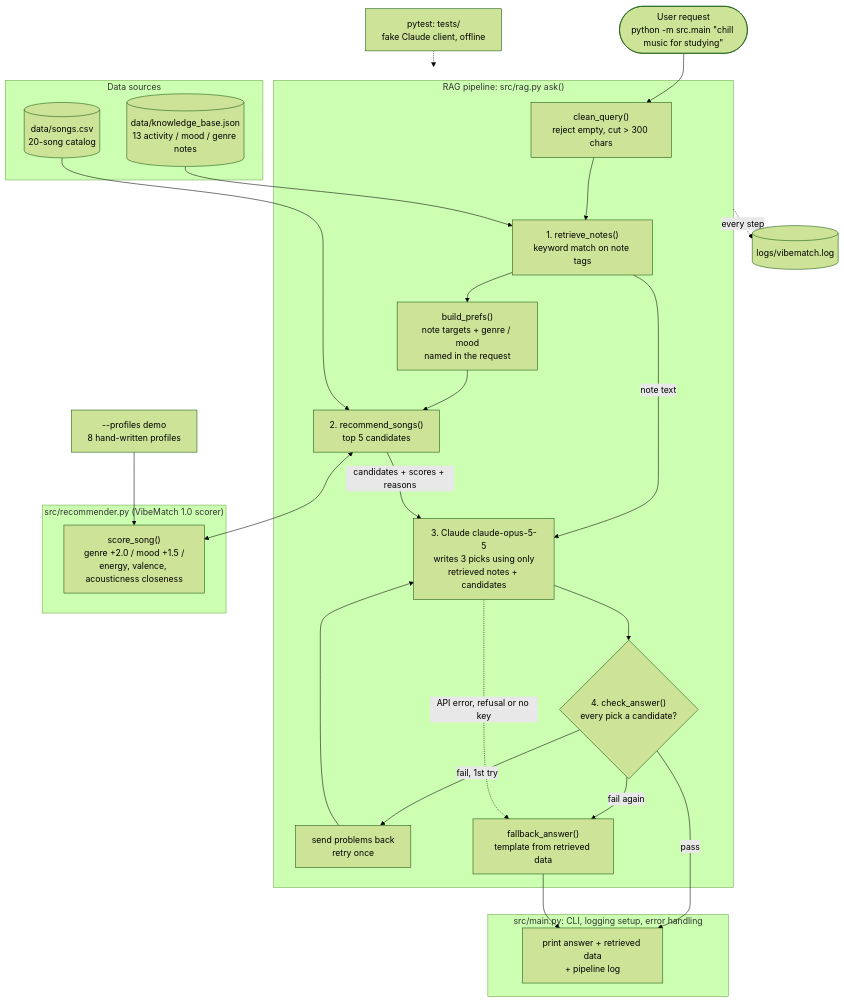
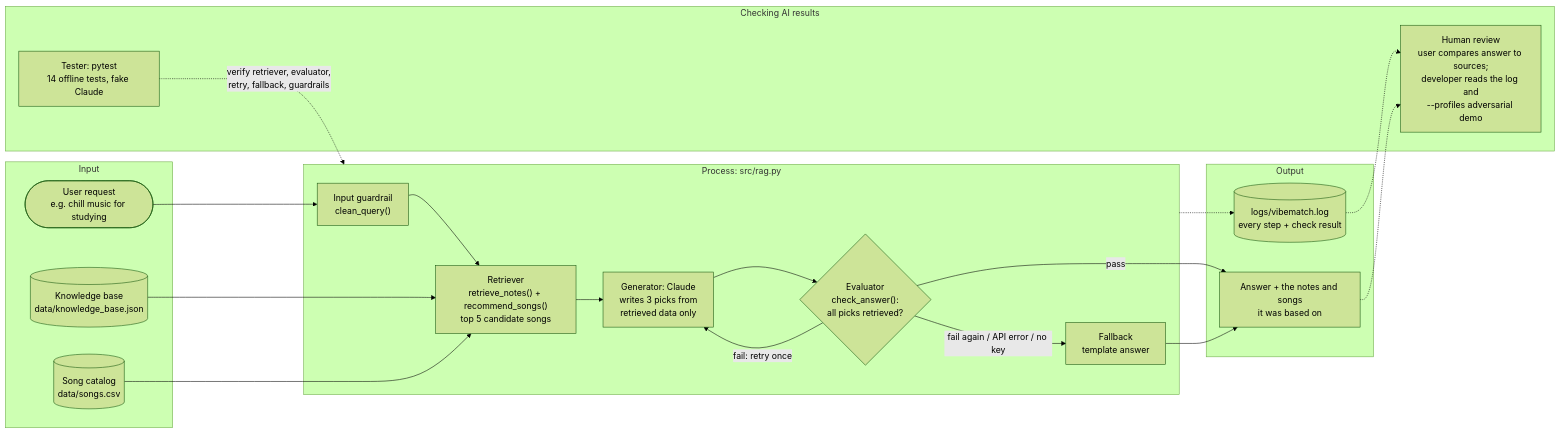
The diagram in diagrams/architecture.md (AkhilRB0204/applied-ai-system-project), drawn with Mermaid (forest theme) before and after one commit. The commit also changed other lines of this file and 1 other file, not shown here.

Commit message:
Update system architecture diagrams for VibeMatch 2.0: refine descriptions, enhance flowcharts, and clarify component roles.

````diff
--- a/diagrams/architecture.md
+++ b/diagrams/architecture.md
@@ -5,49 +5,39 @@
 ```mermaid
-flowchart TD
-    User(["User request<br/>python -m src.main &quot;chill music for studying&quot;"])
-
-    subgraph Data["Data sources"]
-        CSV[("data/songs.csv<br/>20-song catalog")]
-        KB[("data/knowledge_base.json<br/>13 activity / mood / genre notes")]
+flowchart LR
+    subgraph Input
+        Req(["User request<br/>e.g. chill music for studying"])
+        KB[("Knowledge base<br/>data/knowledge_base.json")]
+        CSV[("Song catalog<br/>data/songs.csv")]
     end
 
-    subgraph App["src/main.py: CLI, logging setup, error handling"]
-        Print["print answer + retrieved data<br/>+ pipeline log"]
+    subgraph Process["Process: src/rag.py"]
+        Guard["Input guardrail<br/>clean_query()"]
+        Retriever["Retriever<br/>retrieve_notes() + recommend_songs()<br/>top 5 candidate songs"]
+        Generator["Generator: Claude<br/>writes 3 picks from<br/>retrieved data only"]
+        Evaluator{"Evaluator<br/>check_answer():<br/>all picks retrieved?"}
+        Fallback["Fallback<br/>template answer"]
     end
 
-    subgraph RAG["RAG pipeline: src/rag.py ask()"]
-        Guard["clean_query()<br/>reject empty, cut > 300 chars"]
-        Notes["1. retrieve_notes()<br/>keyword match on note tags"]
-        Prefs["build_prefs()<br/>note targets + genre / mood<br/>named in the request"]
-        Songs["2. recommend_songs()<br/>top 5 candidates"]
-        Gen["3. Claude claude-opus-5-5<br/>writes 3 picks using only<br/>retrieved notes + candidates"]
-        Check{"4. check_answer()<br/>every pick a candidate?"}
-        Retry["send problems back<br/>retry once"]
-        Fallback["fallback_answer()<br/>template from retrieved data"]
+    subgraph Output
+        Answer["Answer + the notes and songs<br/>it was based on"]
+        Log[("logs/vibematch.log<br/>every step + check result")]
     end
 
-    subgraph Scorer["src/recommender.py (VibeMatch 1.0 scorer)"]
-        Score["score_song()<br/>genre +2.0 / mood +1.5 /<br/>energy, valence, acousticness closeness"]
+    subgraph Checks["Checking AI results"]
+        Tests["Tester: pytest<br/>14 offline tests, fake Claude"]
+        Human["Human review<br/>user compares answer to sources;<br/>developer reads the log and<br/>--profiles adversarial demo"]
     end
 
-    Log[("logs/vibematch.log")]
-    Profiles["--profiles demo<br/>8 hand-written profiles"]
-    Tests["pytest: tests/<br/>fake Claude client, offline"]
+    Req --> Guard --> Retriever
+    KB --> Retriever
+    CSV --> Retriever
+    Retriever --> Generator --> Evaluator
+    Evaluator -->|"pass"| Answer
+    Evaluator -->|"fail: retry once"| Generator
+    Evaluator -->|"fail again / API error / no key"| Fallback --> Answer
+    Process -.-> Log
 
-    User --> Guard --> Notes
-    KB --> Notes
-    Notes --> Prefs --> Songs
-    CSV --> Songs
-    Songs <--> Score
-    Notes -->|"note text"| Gen
-    Songs -->|"candidates + scores + reasons"| Gen
-    Gen --> Check
-    Check -->|"pass"| Print
-    Check -->|"fail, 1st try"| Retry --> Gen
-    Check -->|"fail again"| Fallback
-    Gen -.->|"API error, refusal or no key"| Fallback
-    Fallback --> Print
-    RAG -.->|"every step"| Log
-    Profiles --> Score
-    Tests -.-> RAG
+    Tests -.->|"verify retriever, evaluator,<br/>retry, fallback, guardrails"| Process
+    Answer -.-> Human
+    Log -.-> Human
 ```
````
